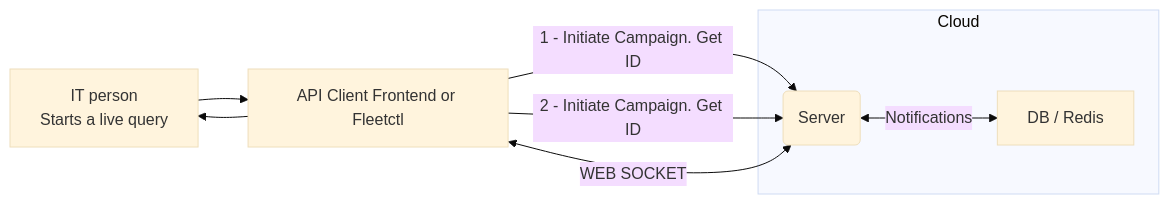
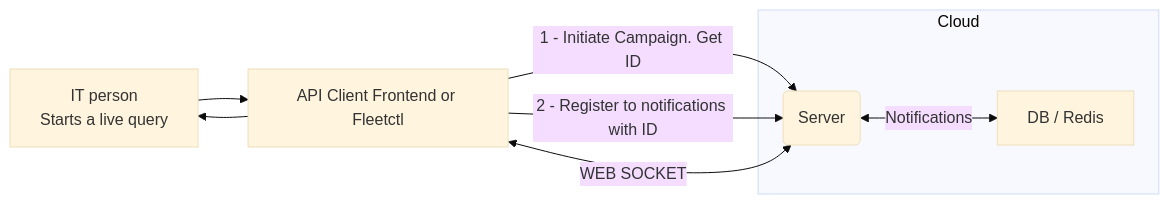
The second of 2 diagrams in docs/Contributing/high-level-architecture.md (fleetdm/fleet), drawn with Mermaid (base theme) before and after one commit.

````diff
--- a/docs/Contributing/high-level-architecture.md
+++ b/docs/Contributing/high-level-architecture.md
@@ -68,19 +68,19 @@
 ```mermaid
 graph LR;
     it_person[IT person<br>Starts a live query];
     api[API Client Frontend or Fleetctl];
 
     subgraph Cloud
         server(Server);
         dbredis[DB / Redis];
     end
 
     it_person --> api;
     api --> it_person;
 
     api -- "1 - Initiate Campaign. Get ID" --> server;
-    api -- "2 - Initiate Campaign. Get ID" --> server;
+    api -- "2 - Register to notifications with ID" --> server;
     api <-- "WEB SOCKET" --> server;
     server <-- Notifications --> dbredis;
 
 ```
````
